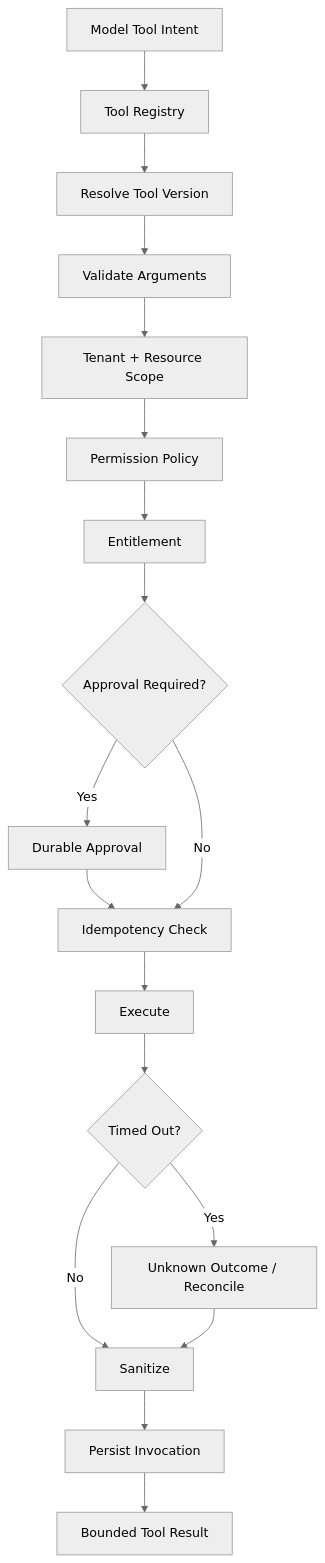
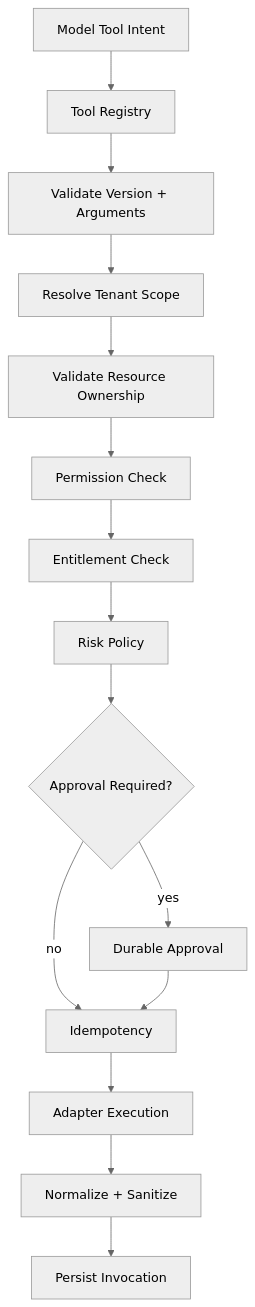
Before and after one commit to D-engahmed/OMILINKS: the first of 3 diagrams in docs/ai/tool-runtime.md, drawn with Mermaid (neutral theme). The commit also changed other lines of this file and 1 other file, not shown here.

Commit message:
docs: deepen model routing and tool runtime implementation contracts

````diff
--- a/docs/ai/tool-runtime.md
+++ b/docs/ai/tool-runtime.md
@@ -21,20 +33,17 @@
-```mermaid
+~~~mermaid
 flowchart TD
-    INTENT[Model Tool Intent] --> REG[Tool Registry]
-    REG --> VERSION[Resolve Tool Version]
-    VERSION --> SCHEMA[Validate Arguments]
-    SCHEMA --> SCOPE[Tenant + Resource Scope]
-    SCOPE --> AUTHZ[Permission Policy]
-    AUTHZ --> ENT[Entitlement]
-    ENT --> APPROVAL{Approval Required?}
-    APPROVAL -->|Yes| WAIT[Durable Approval]
-    WAIT --> IDEM[Idempotency Check]
-    APPROVAL -->|No| IDEM
-    IDEM --> EXEC[Execute]
-    EXEC --> TIMEOUT{Timed Out?}
-    TIMEOUT -->|No| SAN[Sanitize]
-    TIMEOUT -->|Yes| UNKNOWN[Unknown Outcome / Reconcile]
-    UNKNOWN --> SAN
-    SAN --> AUDIT[Persist Invocation]
-    AUDIT --> RETURN[Bounded Tool Result]
-```
+INTENT[Model Tool Intent] --> LOOKUP[Tool Registry]
+LOOKUP --> SCHEMA[Validate Version + Arguments]
+SCHEMA --> TENANT[Resolve Tenant Scope]
+TENANT --> OWNERSHIP[Validate Resource Ownership]
+OWNERSHIP --> PERM[Permission Check]
+PERM --> ENT[Entitlement Check]
+ENT --> RISK[Risk Policy]
+RISK --> APPROVAL{Approval Required?}
+APPROVAL -->|yes| WAIT[Durable Approval]
+APPROVAL -->|no| IDEM[Idempotency]
+WAIT --> IDEM
+IDEM --> EXEC[Adapter Execution]
+EXEC --> RESULT[Normalize + Sanitize]
+RESULT --> AUDIT[Persist Invocation]
+~~~
````
